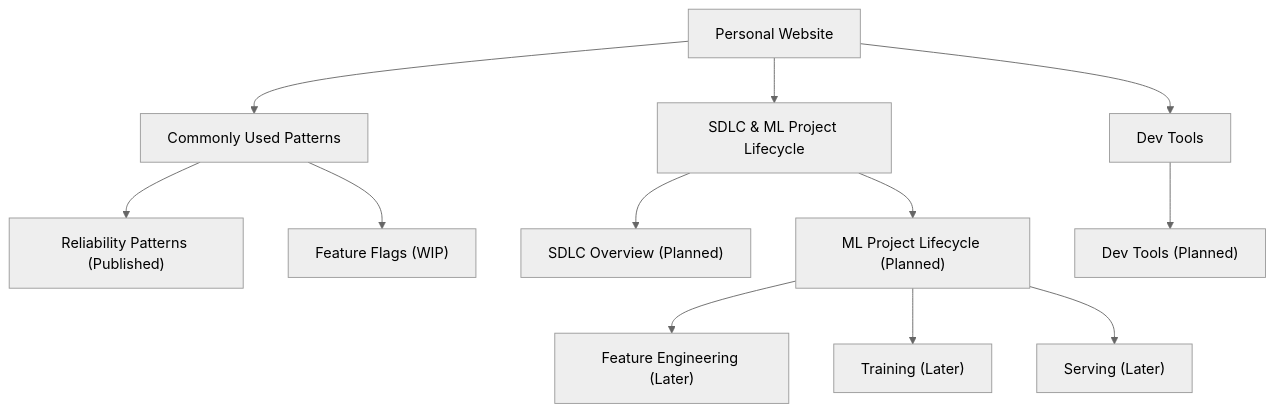
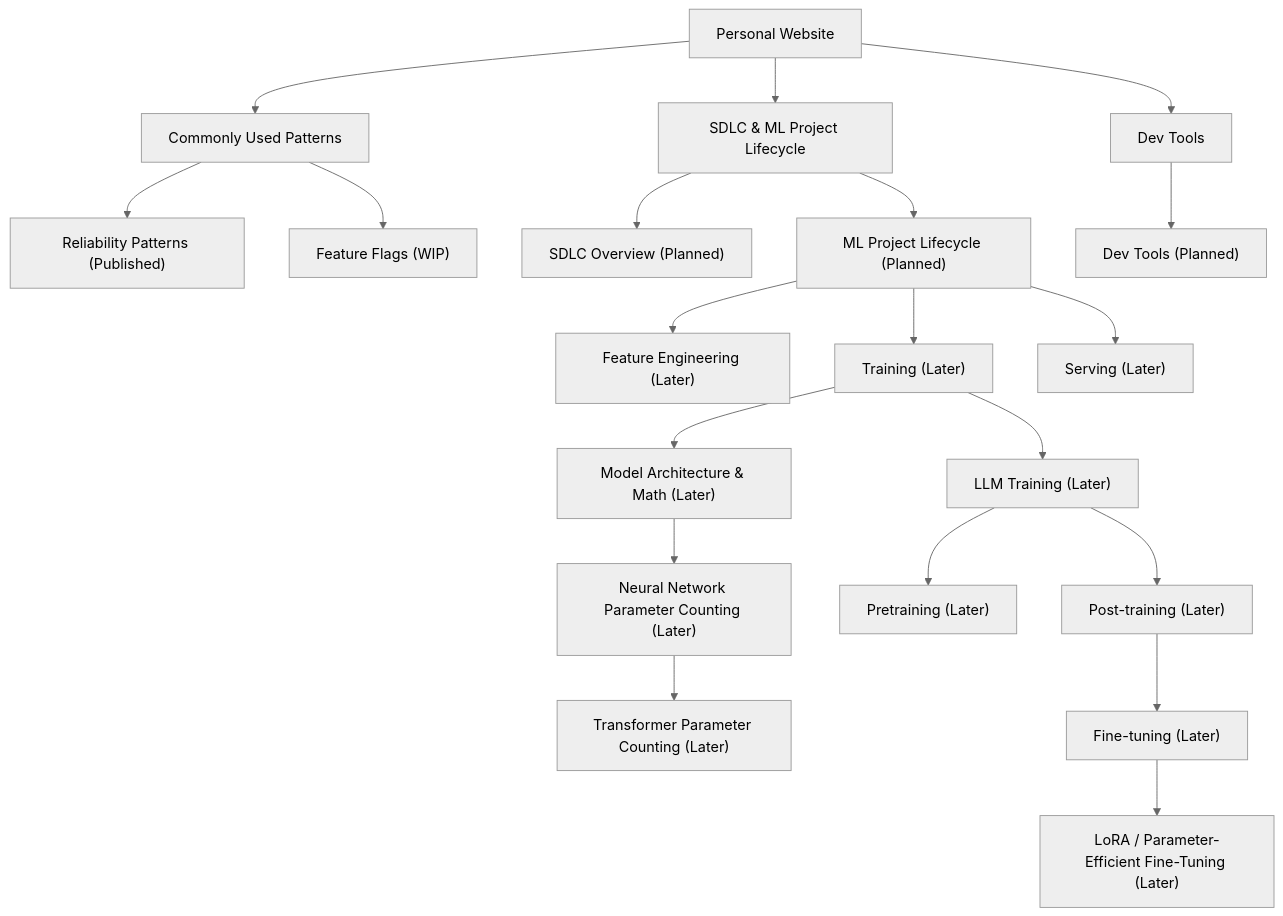
Before and after one commit to HCharlie/HCharlie.github.io: the diagram in src/roadmap/index.md, drawn with Mermaid (neutral theme).

Commit message:
Expand ML training roadmap

```diff
--- a/src/roadmap/index.md
+++ b/src/roadmap/index.md
@@ -11,26 +11,42 @@
 <pre class="mermaid">
 flowchart TD
     Site["Personal Website"]
     Patterns["Commonly Used Patterns"]
     Lifecycle["SDLC &amp; ML Project Lifecycle"]
     Tools["Dev Tools"]
     Reliability["Reliability Patterns (Published)"]
     FeatureFlags["Feature Flags (WIP)"]
     SDLC["SDLC Overview (Planned)"]
     ML["ML Project Lifecycle (Planned)"]
     FeatureEngineering["Feature Engineering (Later)"]
     Training["Training (Later)"]
+    ModelMath["Model Architecture &amp; Math (Later)"]
+    ParameterCounting["Neural Network Parameter Counting (Later)"]
+    TransformerParams["Transformer Parameter Counting (Later)"]
+    LLMTraining["LLM Training (Later)"]
+    Pretraining["Pretraining (Later)"]
+    PostTraining["Post-training (Later)"]
+    FineTuning["Fine-tuning (Later)"]
+    LoRA["LoRA / Parameter-Efficient Fine-Tuning (Later)"]
     Serving["Serving (Later)"]
 
     Site --> Patterns
     Site --> Lifecycle
     Site --> Tools
     Patterns --> Reliability
     Patterns --> FeatureFlags
     Lifecycle --> SDLC
     Lifecycle --> ML
     Tools --> DevTools["Dev Tools (Planned)"]
     ML --> FeatureEngineering
     ML --> Training
     ML --> Serving
+    Training --> ModelMath
+    ModelMath --> ParameterCounting
+    ParameterCounting --> TransformerParams
+    Training --> LLMTraining
+    LLMTraining --> Pretraining
+    LLMTraining --> PostTraining
+    PostTraining --> FineTuning
+    FineTuning --> LoRA
 </pre>
```
